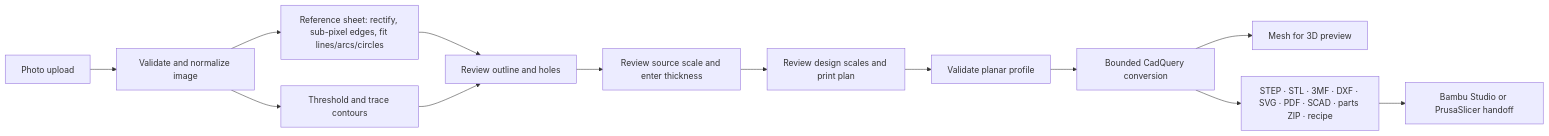
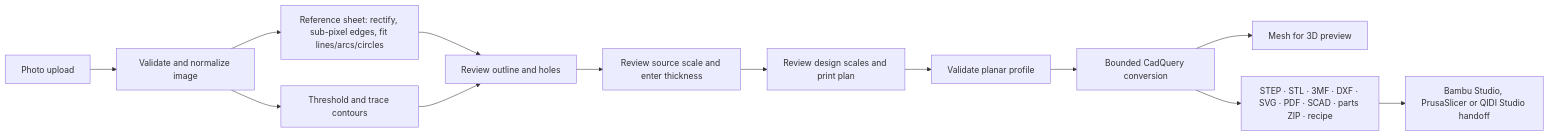
Before and after one commit to bartytime4life/Pictures-to-3D-CAD-Models: the diagram in docs/architecture.md, drawn with Mermaid. The commit also changed 22 other files, not shown here.

First line of the commit message:
Add QIDI Studio 2.07.02.73 as a third slicer handoff

````diff
--- a/docs/architecture.md
+++ b/docs/architecture.md
@@ -27,15 +27,15 @@
 ```mermaid
 flowchart LR
     A[Photo upload] --> B[Validate and normalize image]
     B --> C[Threshold and trace contours]
     B --> R[Reference sheet: rectify, sub-pixel edges, fit lines/arcs/circles]
     R --> D
     C --> D[Review outline and holes]
     D --> E[Review source scale and enter thickness]
     E --> J[Review design scales and print plan]
     J --> F[Validate planar profile]
     F --> G[Bounded CadQuery conversion]
     G --> H[Mesh for 3D preview]
     G --> I[STEP · STL · 3MF · DXF · SVG · PDF · SCAD · parts ZIP · recipe]
-    I --> K[Bambu Studio or PrusaSlicer handoff]
+    I --> K[Bambu Studio, PrusaSlicer or QIDI Studio handoff]
 ```
````
